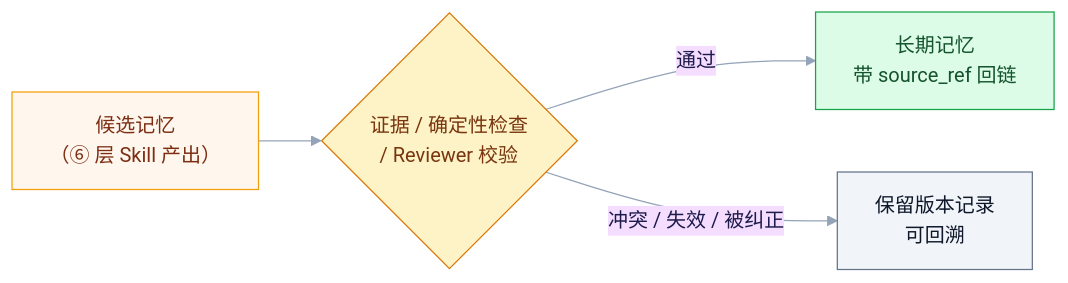
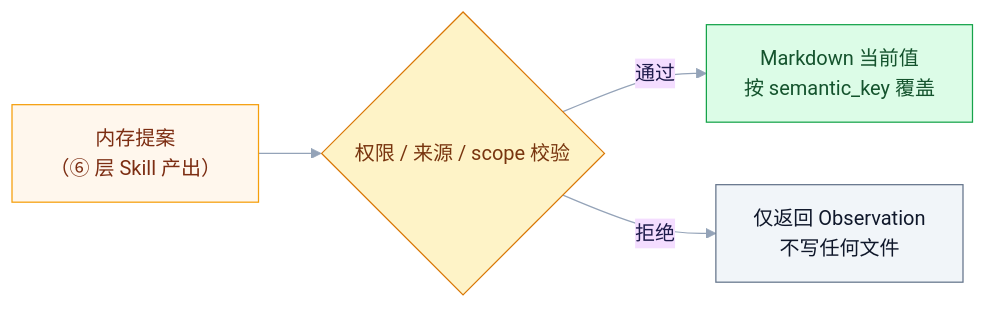
Before and after one commit to ni-shiliu/neil-control: diagram 16 of 18 in assistant/architecture/architecture.md, drawn with Mermaid. The commit also changed other lines of this file and 117 other files, not shown here.

````diff
--- a/assistant/architecture/architecture.md
+++ b/assistant/architecture/architecture.md
@@ -504,12 +576,12 @@
 ```mermaid
 %%{init: {'theme':'base','themeVariables':{'primaryTextColor':'#1E1B4B','lineColor':'#94A3B8','fontFamily':'Inter, sans-serif'}}}%%
 flowchart LR
-    C["候选记忆<br/>（⑥ 层 Skill 产出）"]:::cand --> G{"证据 / 确定性检查<br/>/ Reviewer 校验"}:::gate
-    G -->|通过| L["长期记忆<br/>带 source_ref 回链"]:::long
-    G -->|冲突 / 失效 / 被纠正| V["保留版本记录<br/>可回溯"]:::ver
+    C["内存提案<br/>（⑥ 层 Skill 产出）"]:::cand --> G{"权限 / 来源 / scope 校验"}:::gate
+    G -->|通过| L["Markdown 当前值<br/>按 semantic_key 覆盖"]:::long
+    G -->|拒绝| V["仅返回 Observation<br/>不写任何文件"]:::ver
 
     classDef cand fill:#FFF7ED,stroke:#F59E0B,color:#7C2D12;
     classDef gate fill:#FEF3C7,stroke:#D97706,color:#78350F;
     classDef long fill:#DCFCE7,stroke:#16A34A,color:#14532D;
     classDef ver fill:#F1F5F9,stroke:#64748B,color:#0F172A;
 ```
````
